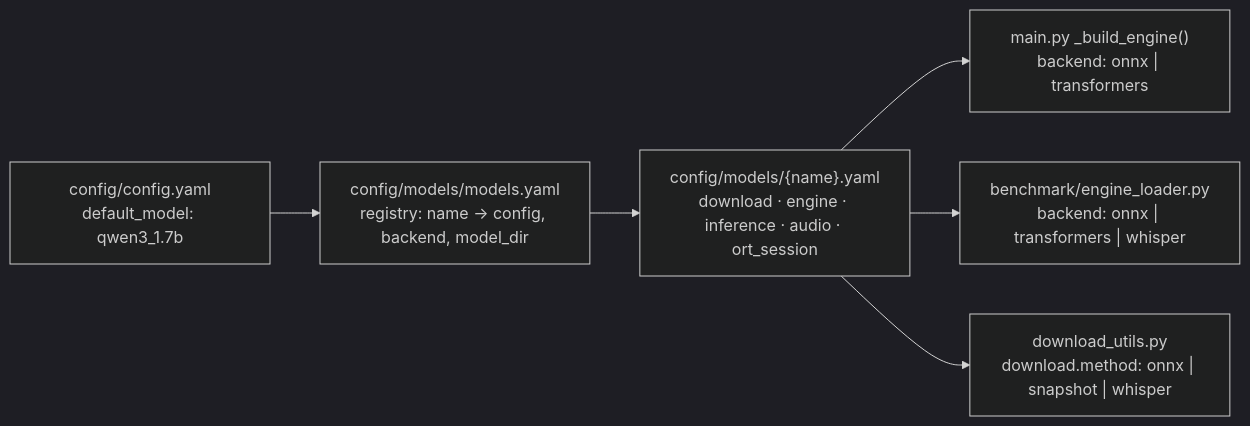
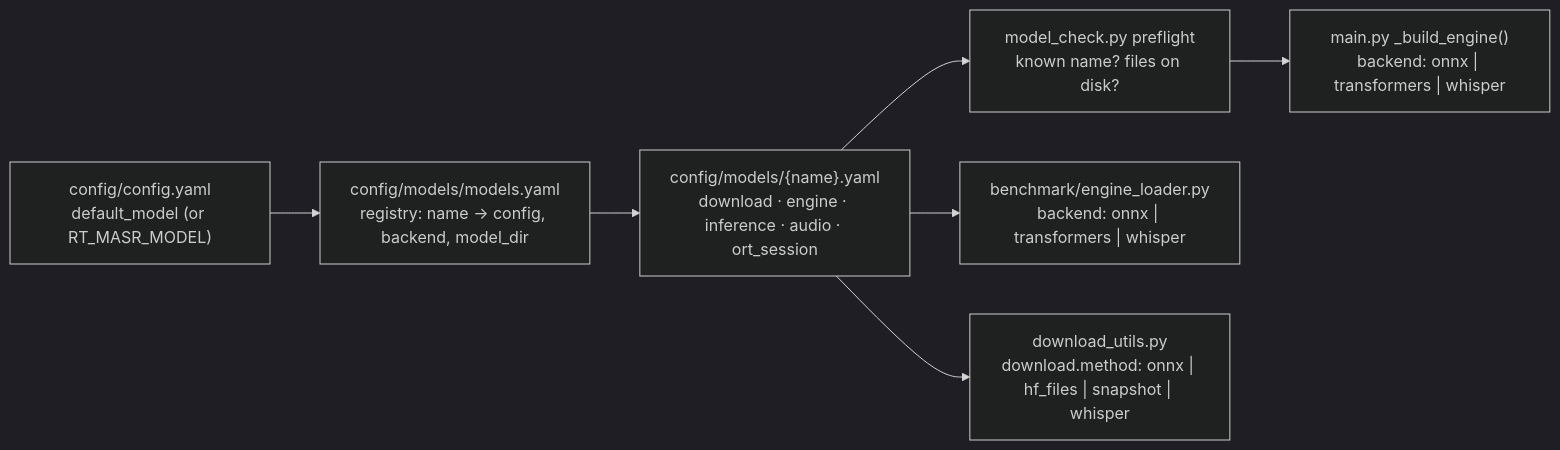
The third of 3 diagrams in docs/arch/architecture.md (naseemap47/RT-MASR-CPU), drawn with Mermaid (dark theme) before and after one commit. The commit also changed other lines of this file and 12 other files, not shown here.

Commit message:
feat: check model availability and fix/recomentaion

````diff
--- a/docs/arch/architecture.md
+++ b/docs/arch/architecture.md
@@ -356,8 +357,9 @@
 ```mermaid
 flowchart LR
-    A["config/config.yaml<br/>default_model: qwen3_1.7b"] --> B["config/models/models.yaml<br/>registry: name → config, backend, model_dir"]
+    A["config/config.yaml<br/>default_model (or RT_MASR_MODEL)"] --> B["config/models/models.yaml<br/>registry: name → config, backend, model_dir"]
     B --> C["config/models/{name}.yaml<br/>download · engine · inference · audio · ort_session"]
-    C --> D["main.py _build_engine()<br/>backend: onnx | transformers"]
+    C --> P["model_check.py preflight<br/>known name? files on disk?"]
+    P --> D["main.py _build_engine()<br/>backend: onnx | transformers | whisper"]
     C --> E["benchmark/engine_loader.py<br/>backend: onnx | transformers | whisper"]
-    C --> F["download_utils.py<br/>download.method: onnx | snapshot | whisper"]
+    C --> F["download_utils.py<br/>download.method: onnx | hf_files | snapshot | whisper"]
 ```
````
